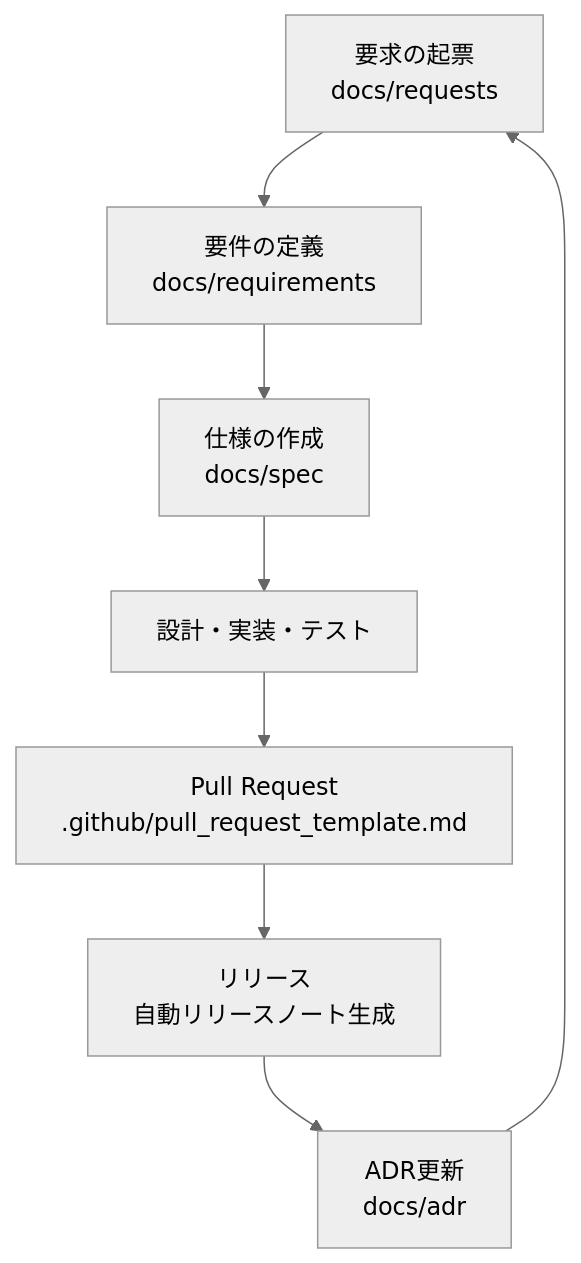
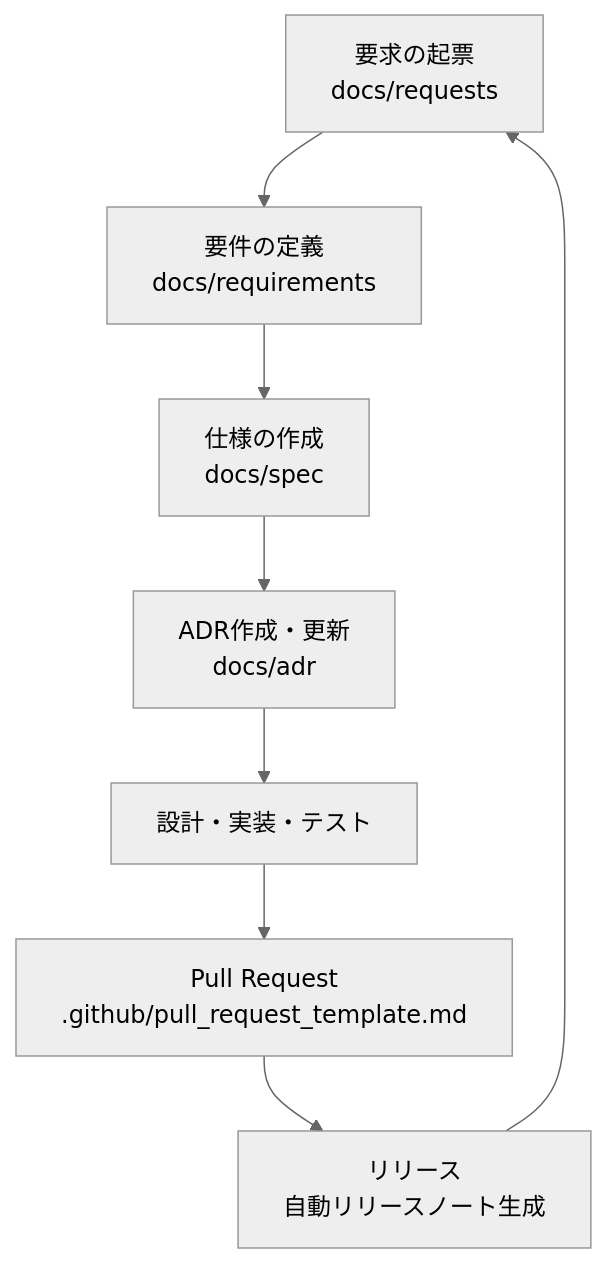
One commit to tooppoo/node-template-with-agents changed the diagram in docs/README.md. Above: the diagram before and after it, drawn with Mermaid (neutral theme). The commit also changed other lines of this file, not shown here.

Commit message:
docs: clarify template availability and update flow

````diff
--- a/docs/README.md
+++ b/docs/README.md
@@ -82,10 +84,10 @@
 ```mermaid
 flowchart TD
     A[要求の起票<br/>docs/requests] --> B[要件の定義<br/>docs/requirements]
     B --> C[仕様の作成<br/>docs/spec]
-    C --> D[設計・実装・テスト]
-    D --> E[Pull Request<br/>.github/pull_request_template.md]
-    E --> F[リリース<br/>自動リリースノート生成]
-    F --> G[ADR更新<br/>docs/adr]
+    C --> D[ADR作成・更新<br/>docs/adr]
+    D --> E[設計・実装・テスト]
+    E --> F[Pull Request<br/>.github/pull_request_template.md]
+    F --> G[リリース<br/>自動リリースノート生成]
     G --> A
 ```
````
